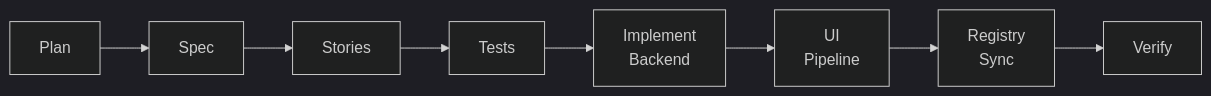
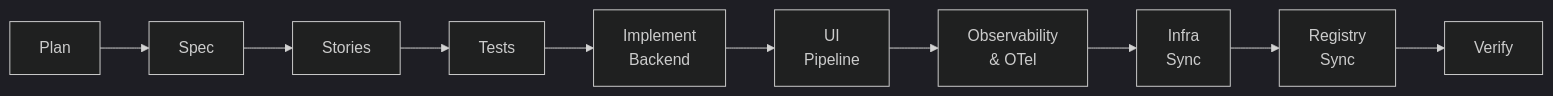
The second of 4 diagrams in README.md (cyberAlchemyAI/domainspec), drawn with Mermaid (dark theme) before and after one commit. The commit also changed other lines of this file and 1 other file, not shown here.

````diff
--- a/README.md
+++ b/README.md
@@ -96,10 +97,12 @@
 ```mermaid
 flowchart LR
     A["Plan"] --> B["Spec"]
     B --> C["Stories"]
     C --> D["Tests"]
     D --> E["Implement\nBackend"]
     E --> F["UI\nPipeline"]
-    F --> G["Registry\nSync"]
-    G --> H["Verify"]
+    F --> G["Observability\n& OTel"]
+    G --> H["Infra\nSync"]
+    H --> I["Registry\nSync"]
+    I --> J["Verify"]
 ```
````
